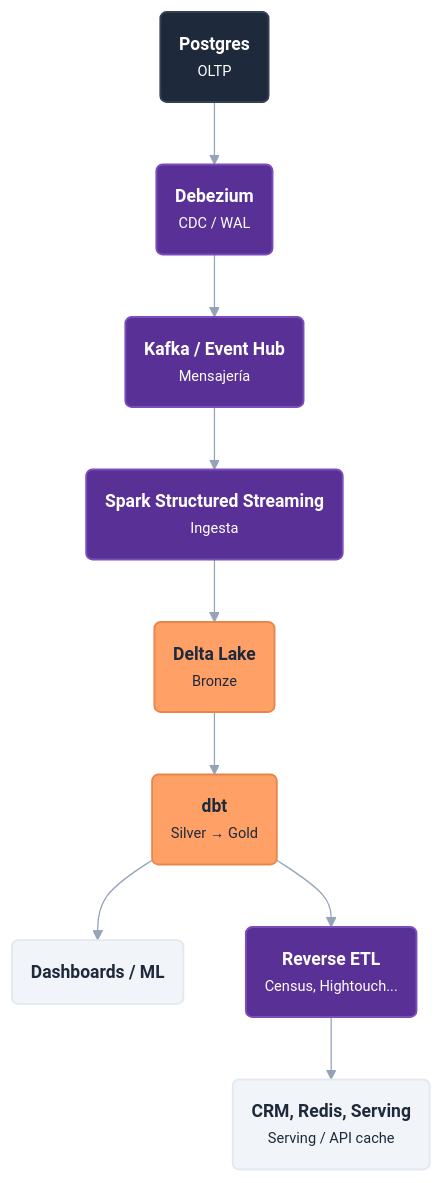
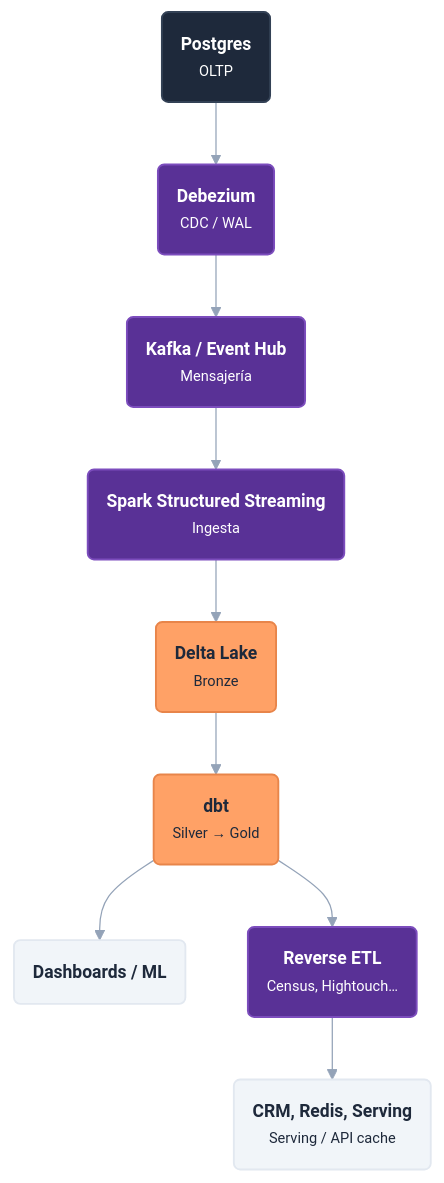
One commit to mauroloprete/mauroloprete changed the first of 2 diagrams in blog/posts/ltap-databricks/index.qmd. Above: the diagram before and after it, drawn with Mermaid. The commit also changed other lines of this file, not shown here.

````diff
--- a/blog/posts/ltap-databricks/index.qmd
+++ b/blog/posts/ltap-databricks/index.qmd
@@ -119,28 +119,29 @@
 ```{mermaid}
 %%| fig-width: 8
+%%| fig-alt: "Diagrama del pipeline clásico desde Postgres hacia el lakehouse con CDC, Kafka, Structured Streaming, dbt, Reverse ETL y serving layers."
 %%{init: {'theme': 'base', 'themeVariables': { 'fontSize': '14px', 'fontFamily': 'Helvetica', 'primaryColor': '#593196', 'primaryTextColor': '#fff', 'lineColor': '#94a3b8', 'primaryBorderColor': '#7c4dbd'}}}%%
 flowchart TD
     PG("<b>Postgres</b><br><small>OLTP</small>")
     CDC("<b>Debezium</b><br><small>CDC / WAL</small>")
     KAFKA("<b>Kafka / Event Hub</b><br><small>Mensajería</small>")
     SS("<b>Spark Structured Streaming</b><br><small>Ingesta</small>")
     BRONZE("<b>Delta Lake</b><br><small>Bronze</small>")
     DBT("<b>dbt</b><br><small>Silver → Gold</small>")
     DASH("<b>Dashboards / ML</b>")
-    RETL("<b>Reverse ETL</b><br><small>Census, Hightouch...</small>")
+    RETL("<b>Reverse ETL</b><br><small>Census, Hightouch…</small>")
     SERVE("<b>CRM, Redis, Serving</b><br><small>Serving / API cache</small>")
 
     PG --> CDC --> KAFKA --> SS --> BRONZE --> DBT
     DBT --> DASH
     DBT --> RETL --> SERVE
 
     style PG fill:#1e293b,stroke:#334155,color:#fff,stroke-width:1.5px
     style CDC fill:#593196,stroke:#7c4dbd,color:#fff,stroke-width:1.5px
     style KAFKA fill:#593196,stroke:#7c4dbd,color:#fff,stroke-width:1.5px
     style SS fill:#593196,stroke:#7c4dbd,color:#fff,stroke-width:1.5px
     style RETL fill:#593196,stroke:#7c4dbd,color:#fff,stroke-width:1.5px
     style BRONZE fill:#FFA166,stroke:#e8854a,color:#1e293b,stroke-width:1.5px
     style DBT fill:#FFA166,stroke:#e8854a,color:#1e293b,stroke-width:1.5px
     style DASH fill:#f1f5f9,stroke:#e2e8f0,color:#1e293b,stroke-width:1.5px
     style SERVE fill:#f1f5f9,stroke:#e2e8f0,color:#1e293b,stroke-width:1.5px
 ```
````
